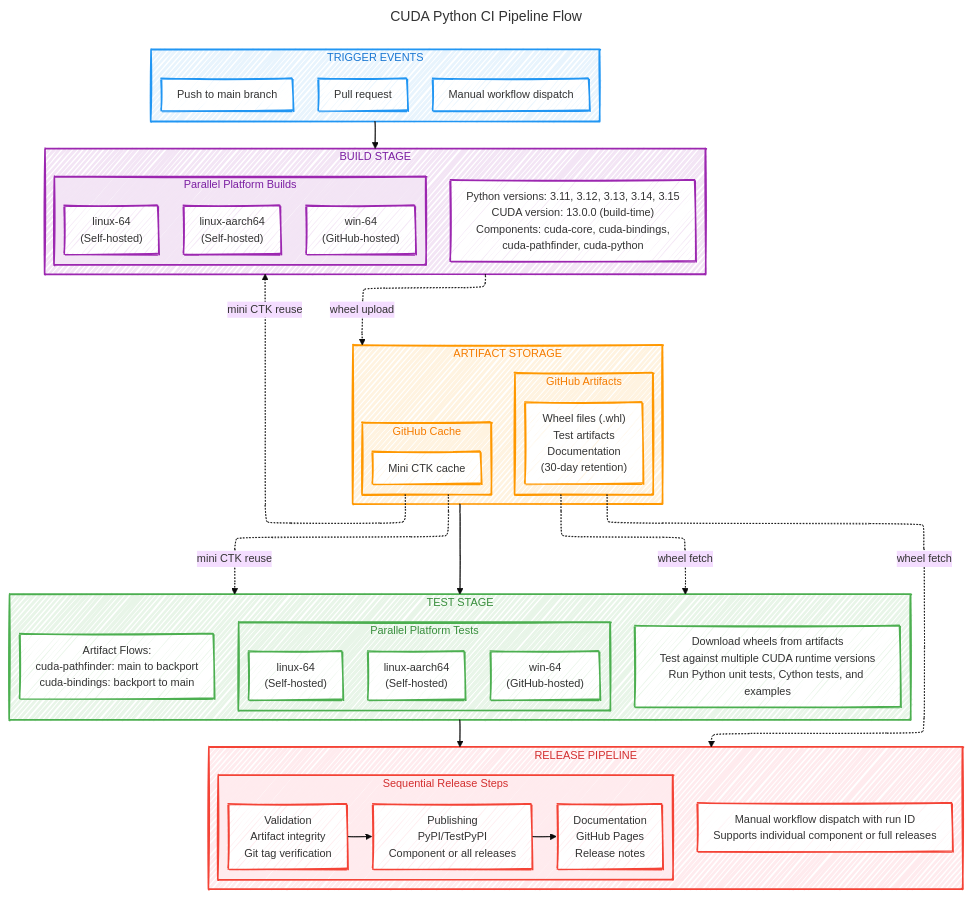
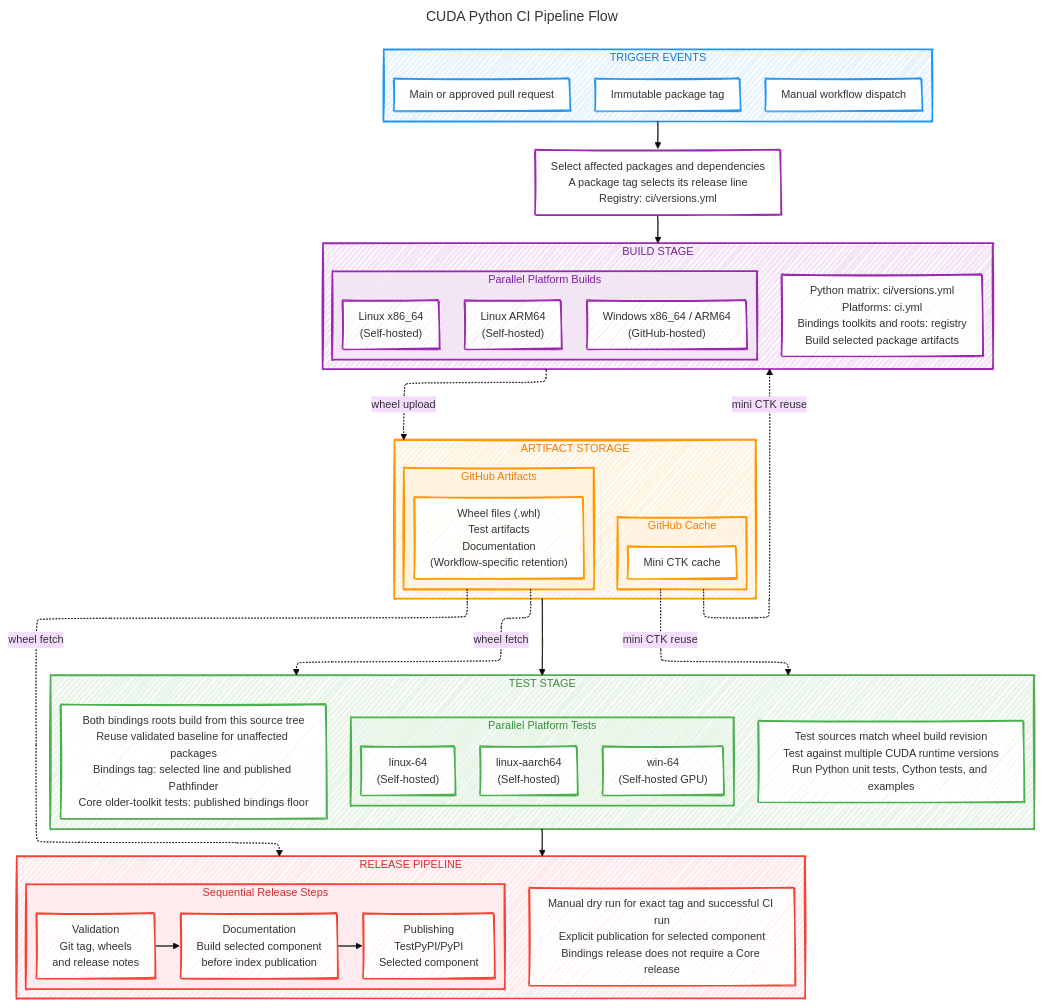
One commit to NVIDIA/cuda-python changed the diagram in ci/ci-pipeline.mmd. Above: the diagram before and after it, drawn with Mermaid. The commit also changed 38 other files, not shown here.

First line of the commit message:
ci: retire legacy branch-based bindings maintenance (#3322)

```diff
--- a/ci/ci-pipeline.mmd
+++ b/ci/ci-pipeline.mmd
@@ -1,99 +1,101 @@
 ---
 # SPDX-FileCopyrightText: Copyright (c) 2026 NVIDIA CORPORATION & AFFILIATES. All rights reserved.
 # SPDX-License-Identifier: Apache-2.0
 title: CUDA Python CI Pipeline Flow
 config:
   theme: base
   look: handDrawn
   layout: elk
   handDrawnSeed: 2740
   deterministicIds: true
   deterministicIDSeed: cuda-python-ci-pipeline
   htmlLabels: true
   themeVariables:
     fontFamily: "Comic Sans MS, Comic Sans, cursive"
     fontSize: 14px
   flowchart:
     curve: basis
     diagramPadding: 8
     minNodeWidth: 140
     nodeSpacing: 24
     padding: 10
     rankSpacing: 48
     wrappingWidth: 300
 ---
 flowchart TB
     subgraph TRIGGER["TRIGGER EVENTS"]
         direction LR
-        T1["Push to main branch"] ~~~ T2["Pull request"] ~~~ T3["Manual workflow dispatch"]
+        T1["Main or approved pull request"] ~~~ T2["Immutable package tag"] ~~~ T3["Manual workflow dispatch"]
     end
+
+    PLAN["Select affected packages and dependencies<br/>A package tag selects its release line<br/>Registry: ci/versions.yml"]
 
     subgraph BUILD["BUILD STAGE"]
         direction TB
         subgraph BUILD_PLATFORMS["Parallel Platform Builds"]
             direction LR
-            B1["linux-64<br/>(Self-hosted)"] ~~~ B2["linux-aarch64<br/>(Self-hosted)"] ~~~ B3["win-64<br/>(GitHub-hosted)"]
+            B1["Linux x86_64<br/>(Self-hosted)"] ~~~ B2["Linux ARM64<br/>(Self-hosted)"] ~~~ B3["Windows x86_64 / ARM64<br/>(GitHub-hosted)"]
         end
-        BUILD_DETAILS["Python versions: 3.11, 3.12, 3.13, 3.14, 3.15<br/>CUDA version: 13.0.0 (build-time)<br/>Components: cuda-core, cuda-bindings,<br/>cuda-pathfinder, cuda-python"]
+        BUILD_DETAILS["Python matrix: ci/versions.yml<br/>Platforms: ci.yml<br/>Bindings toolkits and roots: registry<br/>Build selected package artifacts"]
     end
 
     subgraph ARTIFACTS["ARTIFACT STORAGE"]
         direction TB
         subgraph GITHUB_ARTIFACTS["GitHub Artifacts"]
-            GA1["Wheel files (.whl)<br/>Test artifacts<br/>Documentation<br/>(30-day retention)"]
+            GA1["Wheel files (.whl)<br/>Test artifacts<br/>Documentation<br/>(Workflow-specific retention)"]
         end
         subgraph GITHUB_CACHE["GitHub Cache"]
             GC1["Mini CTK cache"]
         end
     end
 
     subgraph TEST["TEST STAGE"]
         direction TB
         subgraph TEST_PLATFORMS["Parallel Platform Tests"]
             direction LR
-            TS1["linux-64<br/>(Self-hosted)"] ~~~ TS2["linux-aarch64<br/>(Self-hosted)"] ~~~ TS3["win-64<br/>(GitHub-hosted)"]
+            TS1["linux-64<br/>(Self-hosted)"] ~~~ TS2["linux-aarch64<br/>(Self-hosted)"] ~~~ TS3["win-64<br/>(Self-hosted GPU)"]
         end
-        TEST_DETAILS["Download wheels from artifacts<br/>Test against multiple CUDA runtime versions<br/>Run Python unit tests, Cython tests, and examples"]
-        ARTIFACT_FLOWS["Artifact Flows:<br/>cuda-pathfinder: main to backport<br/>cuda-bindings: backport to main"]
+        TEST_DETAILS["Test sources match wheel build revision<br/>Test against multiple CUDA runtime versions<br/>Run Python unit tests, Cython tests, and examples"]
+        ARTIFACT_FLOWS["Both bindings roots build from this source tree<br/>Reuse validated baseline for unaffected packages<br/>Bindings tag: selected line and published Pathfinder<br/>Core older-toolkit tests: published bindings floor"]
     end
 
     subgraph RELEASE["RELEASE PIPELINE"]
         direction TB
         subgraph RELEASE_STAGES["Sequential Release Steps"]
             direction LR
-            R1["Validation<br/>Artifact integrity<br/>Git tag verification"] --> R2["Publishing<br/>PyPI/TestPyPI<br/>Component or all releases"] --> R3["Documentation<br/>GitHub Pages<br/>Release notes"]
+            R1["Validation<br/>Git tag, wheels<br/>and release notes"] --> R2["Documentation<br/>Build selected component<br/>before index publication"] --> R3["Publishing<br/>TestPyPI/PyPI<br/>Selected component"]
         end
-        RELEASE_DETAILS["Manual workflow dispatch with run ID<br/>Supports individual component or full releases"]
+        RELEASE_DETAILS["Manual dry run for exact tag and successful CI run<br/>Explicit publication for selected component<br/>Bindings release does not require a Core release"]
     end
 
-    TRIGGER --> BUILD
+    TRIGGER --> PLAN --> BUILD
     BUILD -. "wheel upload" .-> ARTIFACTS
     ARTIFACTS --> TEST
     TEST --> RELEASE
 
     GITHUB_CACHE -. "mini CTK reuse" .-> BUILD
     GITHUB_CACHE -. "mini CTK reuse" .-> TEST
     GITHUB_ARTIFACTS -. "wheel fetch" .-> TEST
     GITHUB_ARTIFACTS -. "wheel fetch" .-> RELEASE
 
     classDef triggerStyle fill:#e8f4fd,stroke:#2196F3,stroke-width:2px,color:#1976D2
     classDef triggerNodeStyle fill:#ffffff,stroke:#2196F3,stroke-width:2px,color:#333333
     classDef buildStyle fill:#f3e5f5,stroke:#9C27B0,stroke-width:2px,color:#7B1FA2
     classDef buildNodeStyle fill:#ffffff,stroke:#9C27B0,stroke-width:2px,color:#333333
     classDef artifactStyle fill:#fff3e0,stroke:#FF9800,stroke-width:2px,color:#F57C00
     classDef artifactNodeStyle fill:#ffffff,stroke:#FF9800,stroke-width:2px,color:#333333
     classDef testStyle fill:#e8f5e8,stroke:#4CAF50,stroke-width:2px,color:#388E3C
     classDef testNodeStyle fill:#ffffff,stroke:#4CAF50,stroke-width:2px,color:#333333
     classDef releaseStyle fill:#ffebee,stroke:#f44336,stroke-width:2px,color:#D32F2F
     classDef releaseNodeStyle fill:#ffffff,stroke:#f44336,stroke-width:2px,color:#333333
 
     class TRIGGER triggerStyle
     class T1,T2,T3 triggerNodeStyle
     class BUILD,BUILD_PLATFORMS buildStyle
-    class B1,B2,B3,BUILD_DETAILS buildNodeStyle
+    class PLAN,B1,B2,B3,BUILD_DETAILS buildNodeStyle
     class ARTIFACTS,GITHUB_ARTIFACTS,GITHUB_CACHE artifactStyle
     class GA1,GC1 artifactNodeStyle
     class TEST,TEST_PLATFORMS testStyle
     class TS1,TS2,TS3,TEST_DETAILS,ARTIFACT_FLOWS testNodeStyle
     class RELEASE,RELEASE_STAGES releaseStyle
     class R1,R2,R3,RELEASE_DETAILS releaseNodeStyle
```
